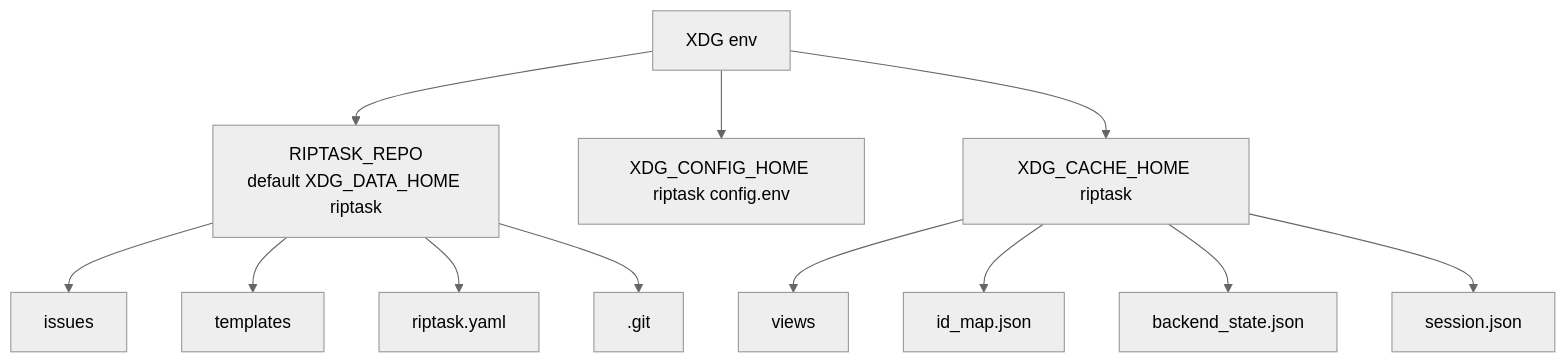
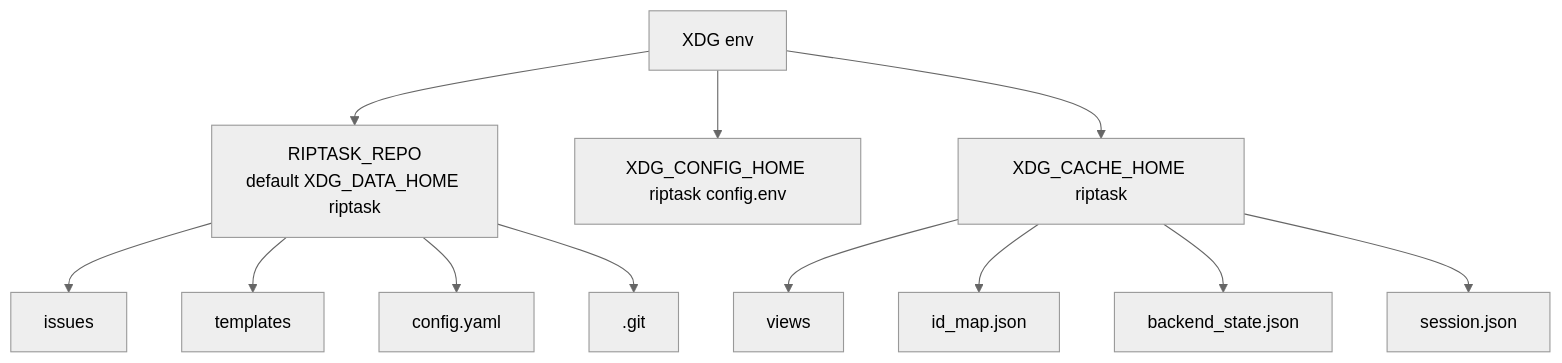
The fifth of 5 diagrams in README.md (gubasso/riptask), drawn with Mermaid (neutral theme) before and after one commit. The commit also changed other lines of this file and 56 other files, not shown here.

First line of the commit message:
docs(config): document three-layer hierarchy and rename to config.yaml

````diff
--- a/README.md
+++ b/README.md
@@ -101,14 +101,14 @@
 ```mermaid
 flowchart TD
     XDG[XDG env] --> Repo[RIPTASK_REPO<br/>default XDG_DATA_HOME riptask]
     XDG --> Conf[XDG_CONFIG_HOME riptask config.env]
     XDG --> Cache[XDG_CACHE_HOME riptask]
     Repo --> R1[issues]
     Repo --> R2[templates]
-    Repo --> R3[riptask.yaml]
+    Repo --> R3[config.yaml]
     Repo --> R4[.git]
     Cache --> C1[views]
     Cache --> C2[id_map.json]
     Cache --> C3[backend_state.json]
     Cache --> C4[session.json]
 ```
````
